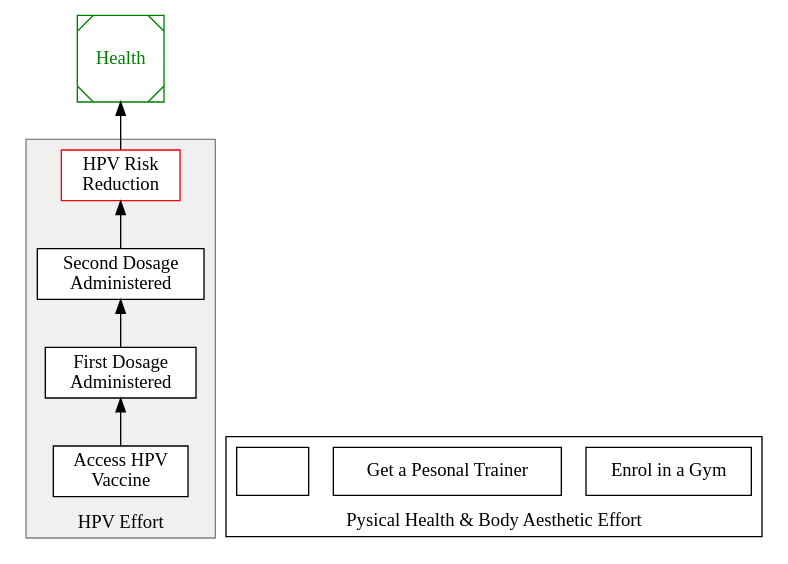
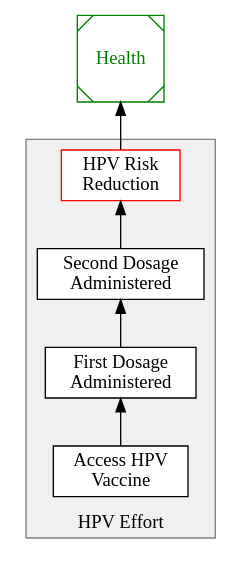
Before and after one commit to igor-mitrovic/Planning: the diagram in Health_P2.dot, drawn with Graphviz. The commit also changed 1 other file, not shown here.

```diff
--- a/Health_P2.dot
+++ b/Health_P2.dot
@@ -1,43 +1,35 @@
 digraph Health{
     rankdir=BT //Organise root node in desirable orientation
 
     // Health root node (outside cluster)
     Health [shape=Msquare color=green fontcolor=green];
     Health [root="true"]
 
 
     // Graph for HPV Effort
     subgraph cluster_HPV_Effort{
 
         // Set local nodal style
         node [style=filled, fillcolor=white]
 
         label="HPV Effort"
         labeljust="c"
         style="filled"
         color=gray
         fillcolor="#f0f0f0"
         HPVStartNode [label = "Access HPV\nVaccine"] [shape=box]
         HPVNode2 [label = "First Dosage\nAdministered"] [shape=box]
         HPVNode3 [label = "Second Dosage\nAdministered"] [shape=box]
         HPVTerminalNode [label="HPV Risk\nReduction"] [shape=box] [color=red]
         HPVStartNode->HPVNode2->HPVNode3->HPVTerminalNode
     }   
 
     subgraph cluster_Body_Focus{
-        label="Pysical Health & Body Aesthetic Effort"
+        label="Pysical Health Effort"
         
-        BFStart [label="Enrol in a Gym"] [shape=box]
-        BFPTNode [label="Get a Pesonal Trainer"] [shape=box]
-        BFNode1 [label=""] [shape=box]
-
-    }
-
-    subgraph cluster_Supplement_Creation_Effort {
-        label=""
     }
 
     // Effort connection to a pillar
     HPVTerminalNode ->Health
 
 }
```
